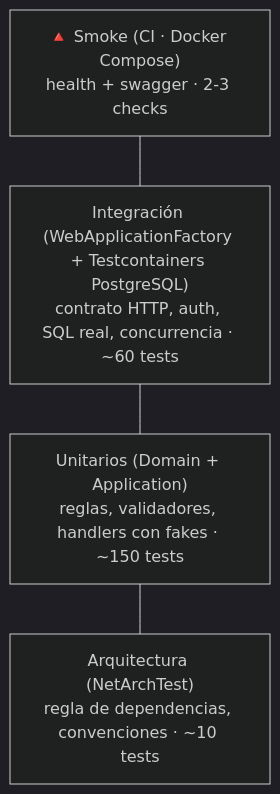
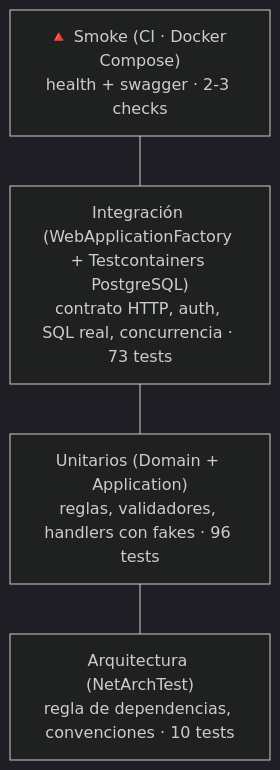
The diagram in docs/coding-standards.md (alba-alonso-dev/leaderboard-api), drawn with Mermaid (dark theme) before and after one commit. The commit also changed other lines of this file and 45 other files, not shown here.

````diff
--- a/docs/coding-standards.md
+++ b/docs/coding-standards.md
@@ -207,9 +207,9 @@
 ```mermaid
 flowchart TB
     A["🔺 Smoke (CI · Docker Compose)<br/>health + swagger · 2-3 checks"]
-    B["Integración (WebApplicationFactory + Testcontainers PostgreSQL)<br/>contrato HTTP, auth, SQL real, concurrencia · ~60 tests"]
-    C["Unitarios (Domain + Application)<br/>reglas, validadores, handlers con fakes · ~150 tests"]
-    D["Arquitectura (NetArchTest)<br/>regla de dependencias, convenciones · ~10 tests"]
+    B["Integración (WebApplicationFactory + Testcontainers PostgreSQL)<br/>contrato HTTP, auth, SQL real, concurrencia · 73 tests"]
+    C["Unitarios (Domain + Application)<br/>reglas, validadores, handlers con fakes · 96 tests"]
+    D["Arquitectura (NetArchTest)<br/>regla de dependencias, convenciones · 10 tests"]
     A --- B --- C
     C --- D
 ```
````
